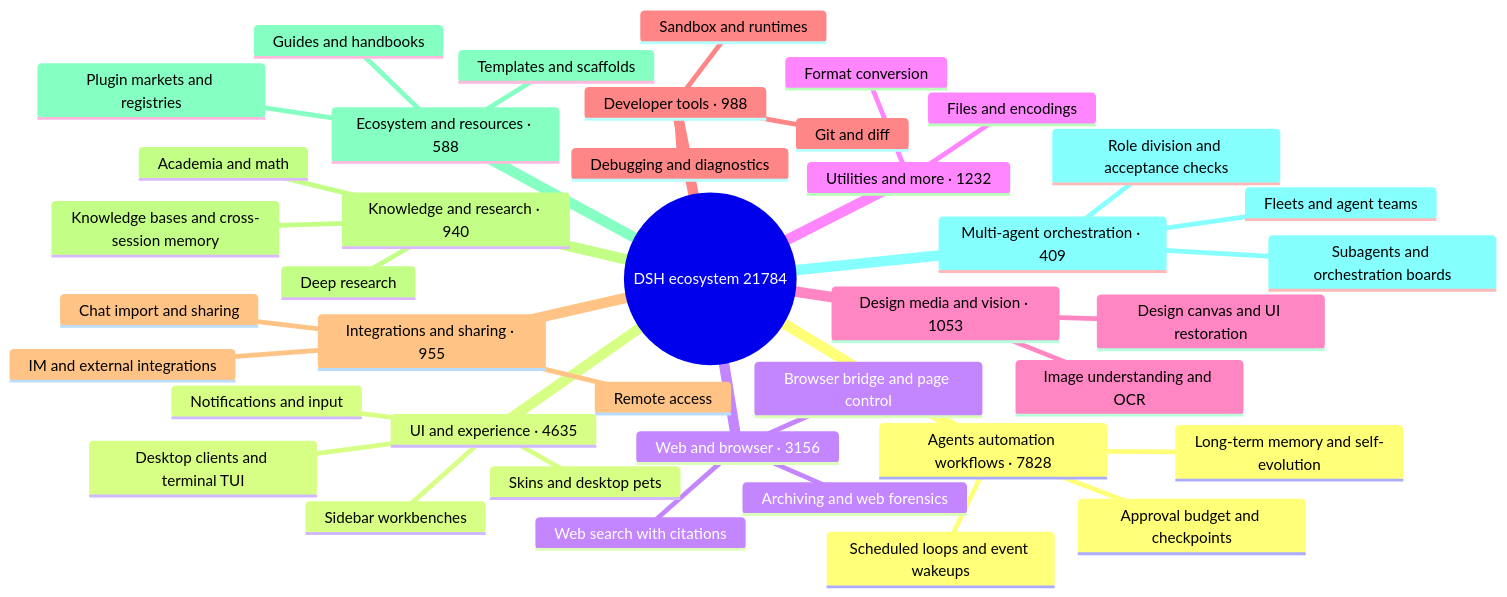
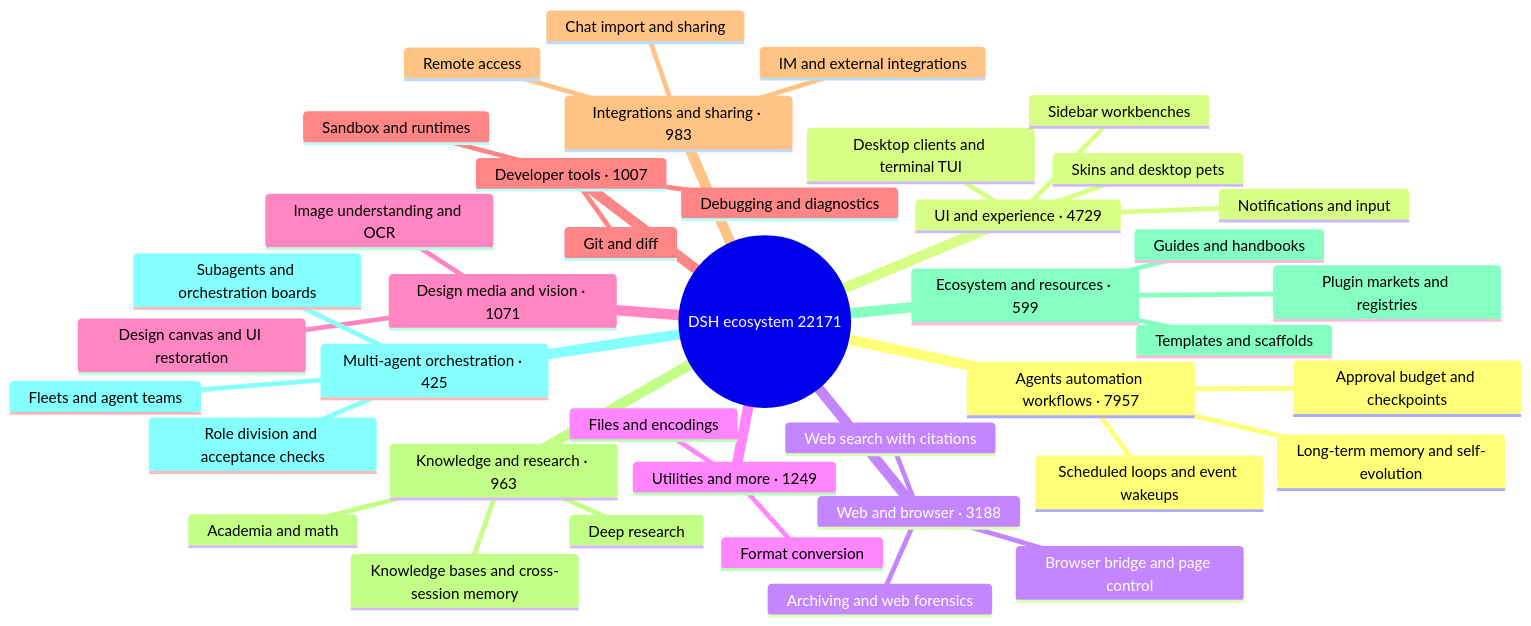
Before and after one commit to bruc3van/awesome-dsh-plugin: the diagram in README_EN.md, drawn with Mermaid. The commit also changed other lines of this file and 27 other files, not shown here.

````diff
--- a/README_EN.md
+++ b/README_EN.md
@@ -40,43 +40,43 @@
 ```mermaid
 mindmap
-  root((DSH ecosystem 21784))
-    Agents automation workflows · 7828
+  root((DSH ecosystem 22171))
+    Agents automation workflows · 7957
       Scheduled loops and event wakeups
       Long-term memory and self-evolution
       Approval budget and checkpoints
-    UI and experience · 4635
+    UI and experience · 4729
       Desktop clients and terminal TUI
       Sidebar workbenches
       Skins and desktop pets
       Notifications and input
-    Web and browser · 3156
+    Web and browser · 3188
       Browser bridge and page control
       Web search with citations
       Archiving and web forensics
-    Utilities and more · 1232
+    Utilities and more · 1249
       Files and encodings
       Format conversion
-    Design media and vision · 1053
+    Design media and vision · 1071
       Image understanding and OCR
       Design canvas and UI restoration
-    Developer tools · 988
+    Developer tools · 1007
       Git and diff
       Sandbox and runtimes
       Debugging and diagnostics
-    Integrations and sharing · 955
+    Integrations and sharing · 983
       Chat import and sharing
       Remote access
       IM and external integrations
-    Knowledge and research · 940
+    Knowledge and research · 963
       Knowledge bases and cross-session memory
       Deep research
       Academia and math
-    Ecosystem and resources · 588
+    Ecosystem and resources · 599
       Plugin markets and registries
       Templates and scaffolds
       Guides and handbooks
-    Multi-agent orchestration · 409
+    Multi-agent orchestration · 425
       Subagents and orchestration boards
       Fleets and agent teams
       Role division and acceptance checks
 ```
````
